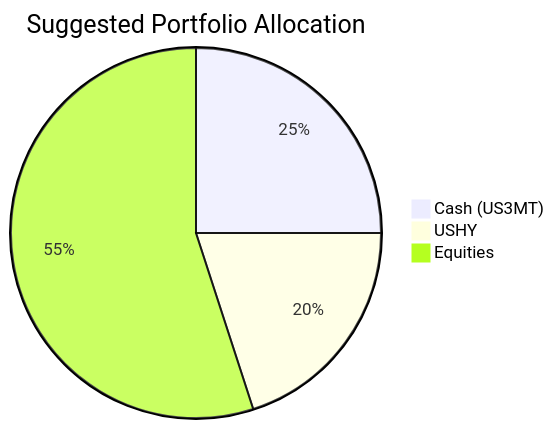
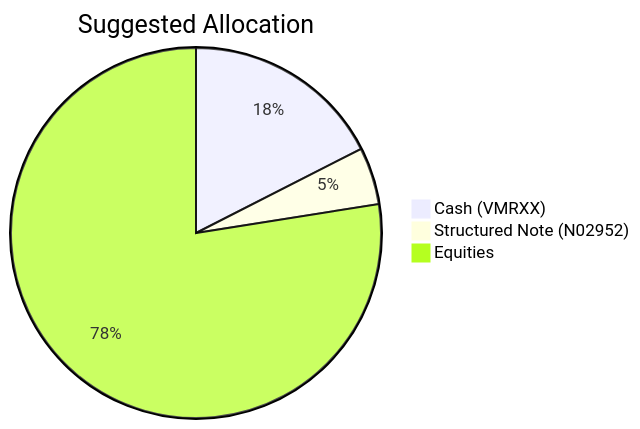
One commit to roger249/Bot-collaboration changed the second of 20 diagrams in docs/sample outputs/product_investor_matching-deepseek-v4-flash.md. Above: the diagram before and after it, drawn with Mermaid. The commit also changed other lines of this file and 20 other files, not shown here.

````diff
--- a/docs/sample outputs/product_investor_matching-deepseek-v4-flash.md
+++ b/docs/sample outputs/product_investor_matching-deepseek-v4-flash.md
@@ -40,6 +39,6 @@
 ```mermaid
-pie title Suggested Portfolio Allocation
-    "Cash (US3MT)" : 25
-    "USHY" : 20
-    "Equities" : 55
+pie title Suggested Allocation
+    "Cash (VMRXX)" : 17.5
+    "Structured Note (N02952)" : 5
+    "Equities" : 77.5
 ```
````
